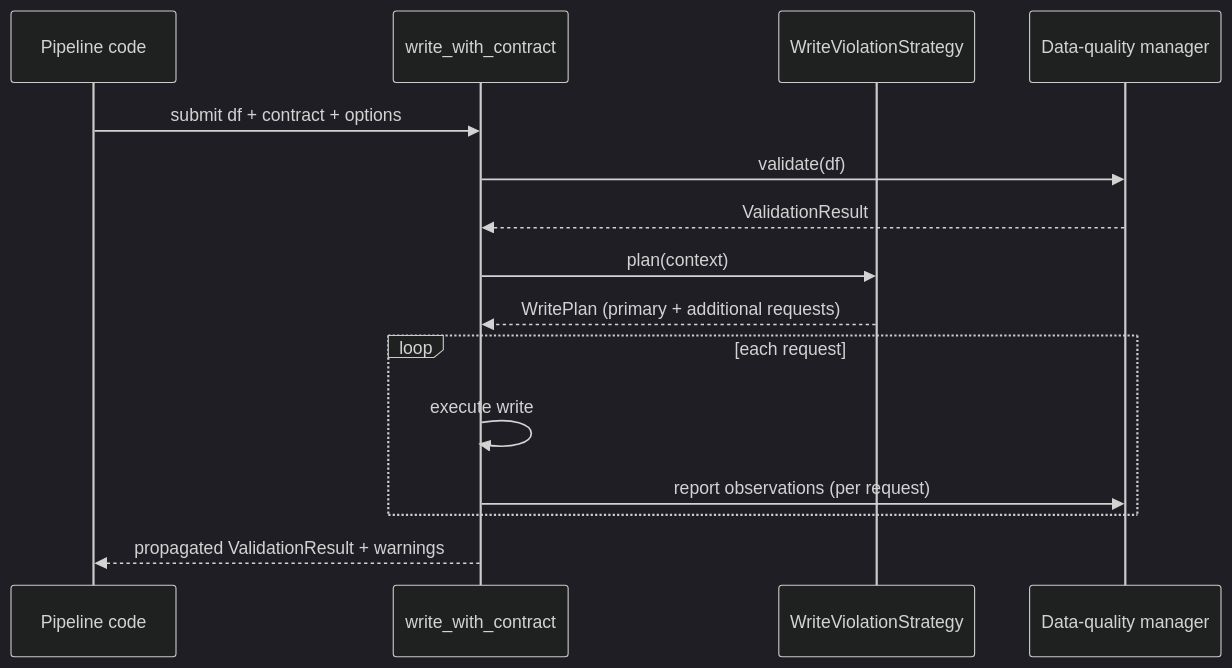
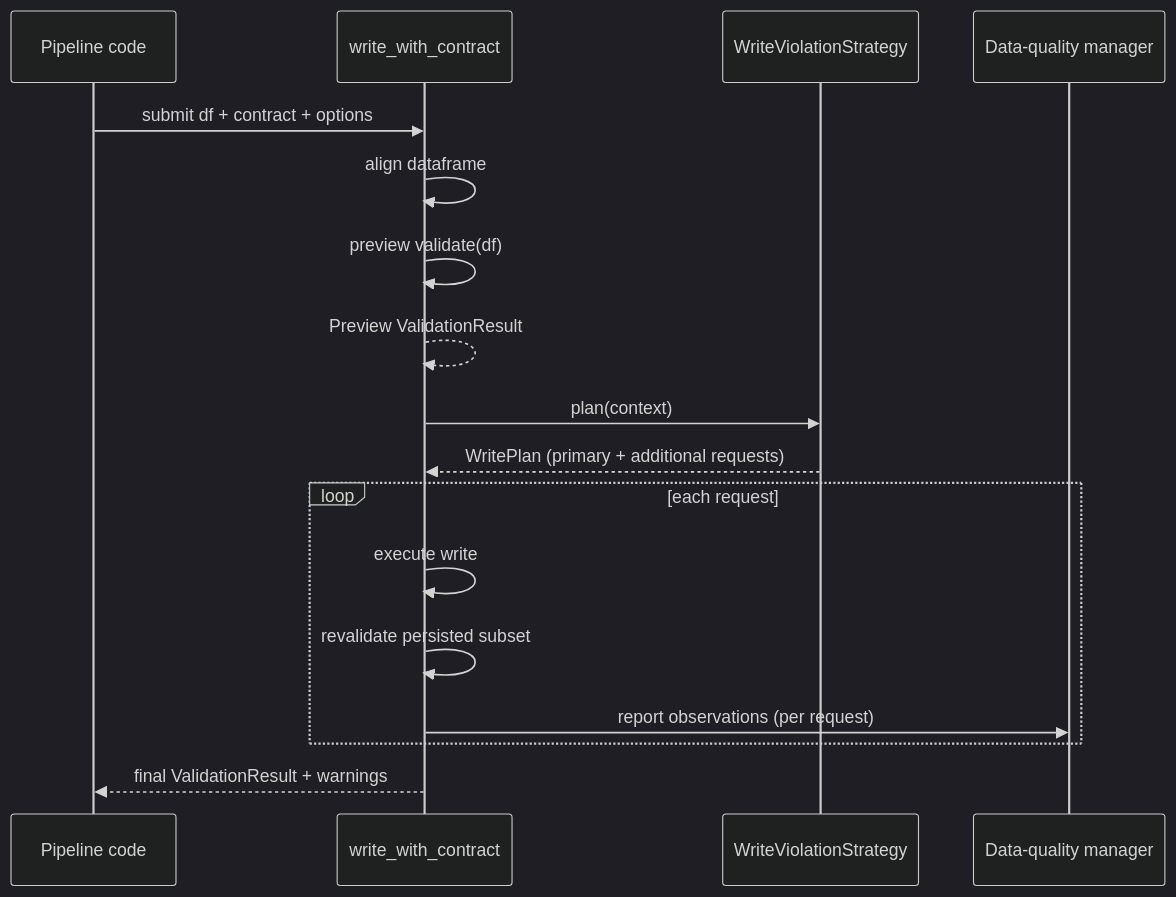
The diagram in docs/component-write-violation-strategies.md (NextLab-SRL/dc43), drawn with Mermaid (dark theme) before and after one commit. The commit also changed other lines of this file and 2 other files, not shown here.

Commit message:
Revalidate datasets after writes in violation strategies

````diff
--- a/docs/component-write-violation-strategies.md
+++ b/docs/component-write-violation-strategies.md
@@ -29,18 +31,20 @@
 ```mermaid
 sequenceDiagram
     participant Pipeline as Pipeline code
     participant Adapter as write_with_contract
     participant Strategy as WriteViolationStrategy
     participant DQ as Data-quality manager
 
     Pipeline->>Adapter: submit df + contract + options
-    Adapter->>DQ: validate(df)
-    DQ-->>Adapter: ValidationResult
+    Adapter->>Adapter: align dataframe
+    Adapter->>Adapter: preview validate(df)
+    Adapter-->>Adapter: Preview ValidationResult
     Adapter->>Strategy: plan(context)
     Strategy-->>Adapter: WritePlan (primary + additional requests)
     loop each request
         Adapter->>Adapter: execute write
+        Adapter->>Adapter: revalidate persisted subset
         Adapter->>DQ: report observations (per request)
     end
-    Adapter-->>Pipeline: propagated ValidationResult + warnings
+    Adapter-->>Pipeline: final ValidationResult + warnings
 ```
````
